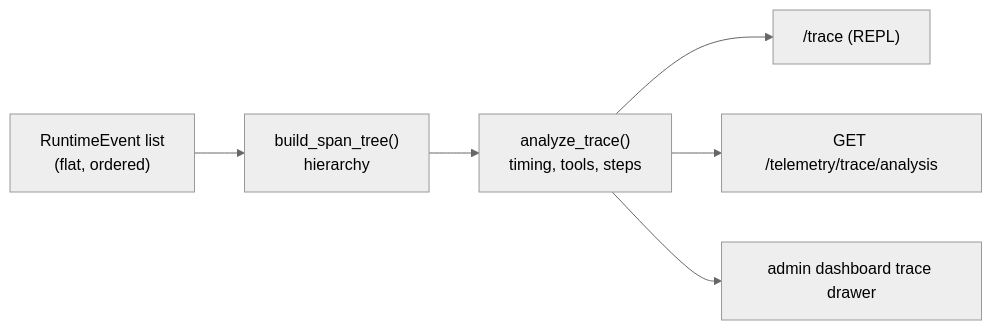
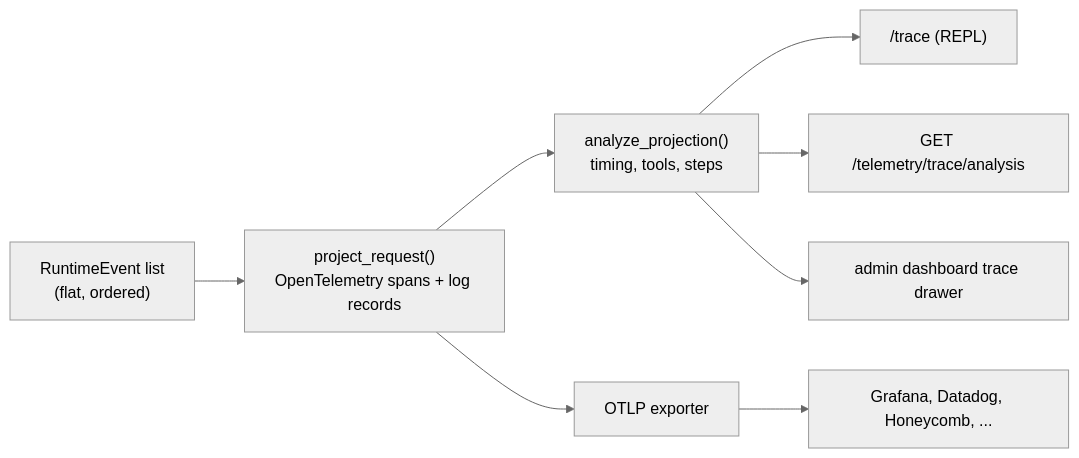
Before and after one commit to imsid/mashpy: the diagram in docs/posts/reading-a-trace.md, drawn with Mermaid (neutral theme). The commit also changed other lines of this file and 137 other files, not shown here.

First line of the commit message:
feat(otel)!: name runtime events after OpenTelemetry spans and export them over OTLP (#256)

````diff
--- a/docs/posts/reading-a-trace.md
+++ b/docs/posts/reading-a-trace.md
@@ -17,8 +17,10 @@
 ```mermaid
 flowchart LR
-    E["RuntimeEvent list\n(flat, ordered)"] --> T["build_span_tree()\nhierarchy"]
-    T --> A["analyze_trace()\ntiming, tools, steps"]
+    E["RuntimeEvent list\n(flat, ordered)"] --> P["project_request()\nOpenTelemetry spans + log records"]
+    P --> A["analyze_projection()\ntiming, tools, steps"]
+    P --> X["OTLP exporter"]
     A --> S1["/trace (REPL)"]
     A --> S2["GET /telemetry/trace/analysis"]
     A --> S3["admin dashboard trace drawer"]
+    X --> B["Grafana, Datadog, Honeycomb, ..."]
 ```
````
